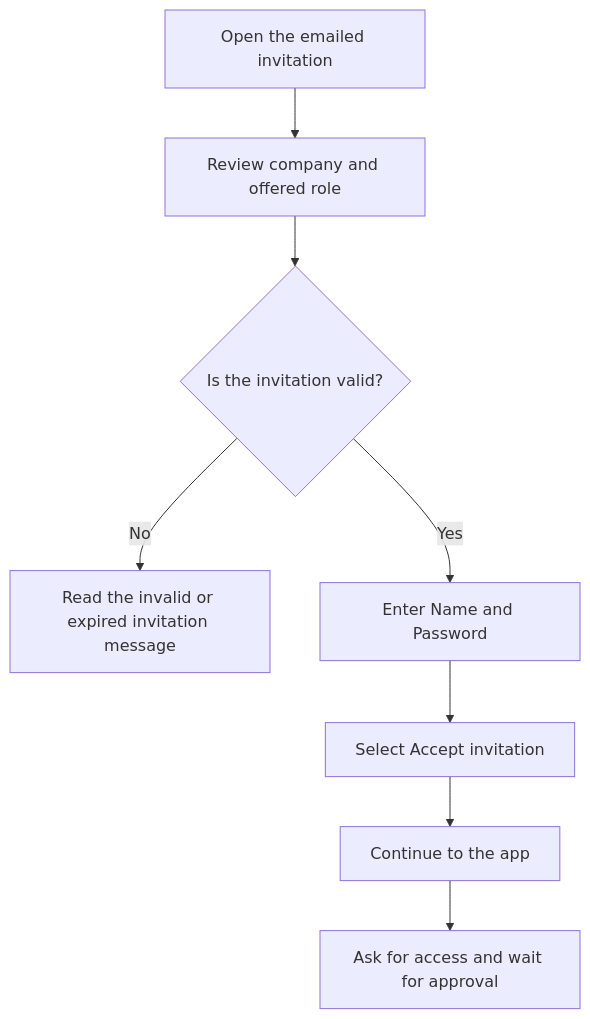
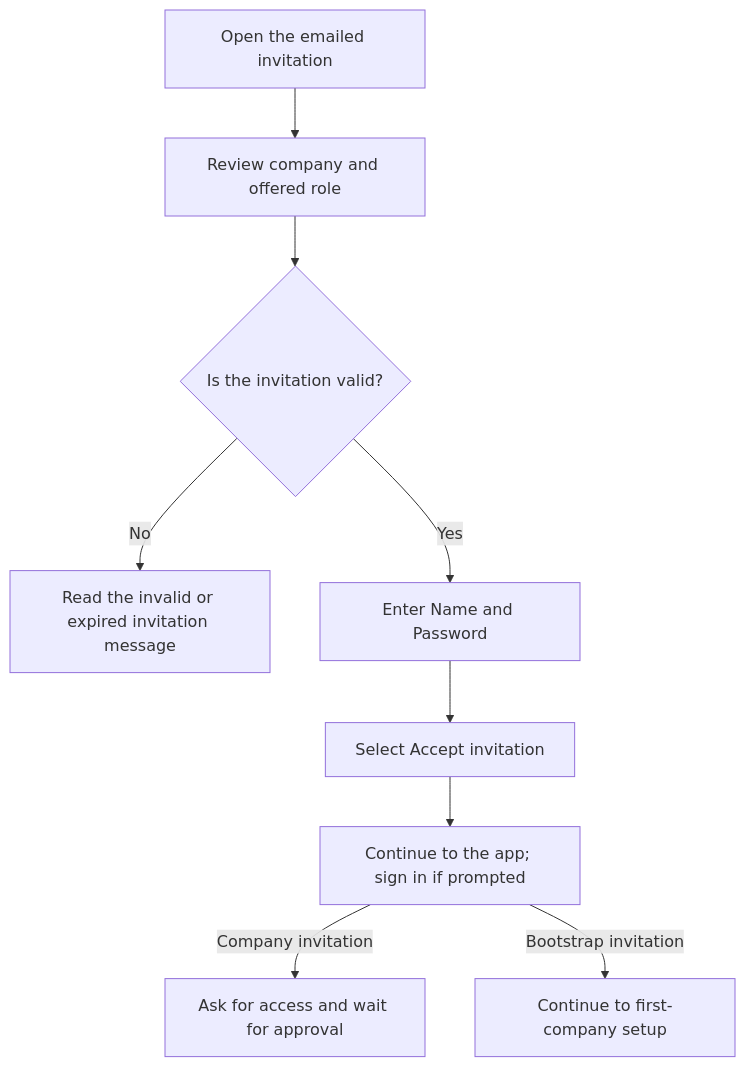
The first of 2 diagrams in user-stories/team/US-TEAM-04-accept-invitation.md (Kevinjohn/capacitylens), drawn with Mermaid before and after one commit. The commit also changed other lines of this file and 26 other files, not shown here.

````diff
--- a/user-stories/team/US-TEAM-04-accept-invitation.md
+++ b/user-stories/team/US-TEAM-04-accept-invitation.md
@@ -19,10 +19,11 @@
 ```mermaid
 flowchart TD
     Open["Open the emailed invitation"] --> Review["Review company and offered role"]
     Review --> Details{"Is the invitation valid?"}
     Details -->|"No"| Error["Read the invalid or expired invitation message"]
     Details -->|"Yes"| Form["Enter Name and Password"]
     Form --> Submit["Select Accept invitation"]
-    Submit --> SignIn["Continue to the app"]
-    SignIn --> Request["Ask for access and wait for approval"]
+    Submit --> SignIn["Continue to the app; sign in if prompted"]
+    SignIn -->|"Company invitation"| Request["Ask for access and wait for approval"]
+    SignIn -->|"Bootstrap invitation"| Setup["Continue to first-company setup"]
 ```
````
